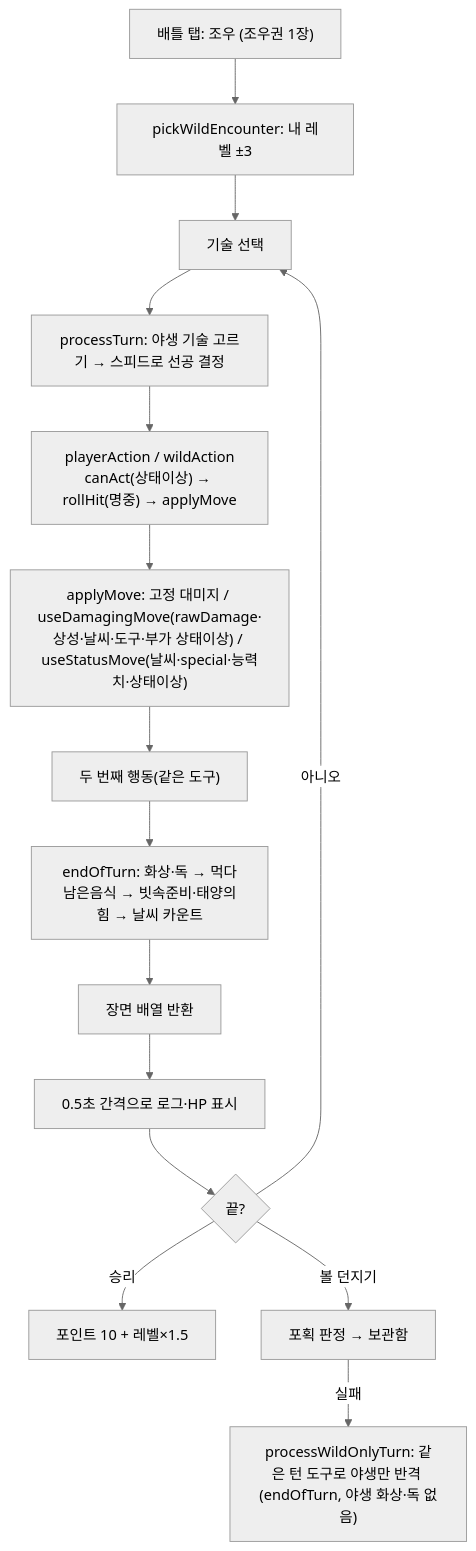
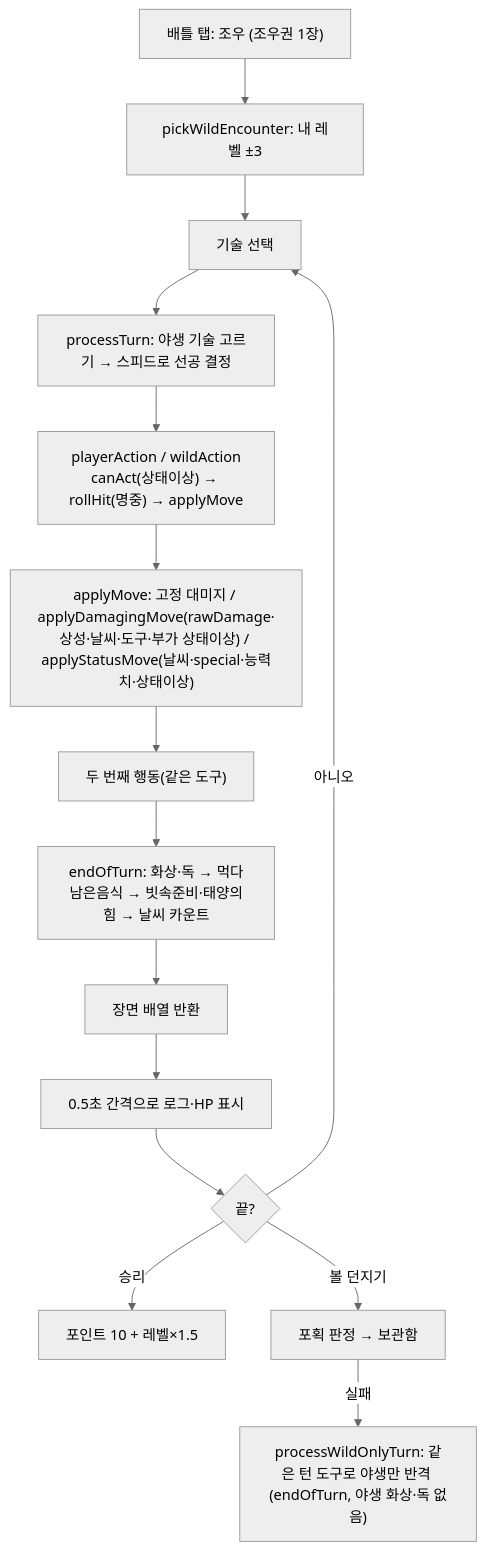
Before and after one commit to ESeungJun/poketmon_idle: the second of 4 diagrams in docs/구현도.md, drawn with Mermaid (neutral theme). The commit also changed other lines of this file and 2 other files, not shown here.

Commit message:
refactor(battle): 훅이 아닌 기술 처리 함수 이름에서 use 접두 빼기 (#69) (#70)
useDamagingMove·useStatusMove는 React 훅이 아닌데 use로 시작해
훅 규칙 린트나 읽는 사람이 훅으로 착각할 수 있었어요. 둘을 나눠
부르는 applyMove와 짝을 맞춰 applyDamagingMove·applyStatusMove로
바꾸고, 부르는 곳과 docs의 구현도·리팩토링 기록도 같이 고쳤어요.
동작 변화는 없어요(테스트 105개·특성 스냅샷 그대로).

Claude-Session: https://claude.ai/code/session_01AH2xhguCbFwaA4GnvJXNqp

````diff
--- a/docs/구현도.md
+++ b/docs/구현도.md
@@ -71,17 +71,17 @@
 ```mermaid
 flowchart TD
   A["배틀 탭: 조우 (조우권 1장)"] --> B["pickWildEncounter: 내 레벨 ±3"]
   B --> C["기술 선택"]
   C --> D["processTurn: 야생 기술 고르기 → 스피드로 선공 결정"]
   D --> E["playerAction / wildAction<br/>canAct(상태이상) → rollHit(명중) → applyMove"]
-  E --> F["applyMove: 고정 대미지 / useDamagingMove(rawDamage·상성·날씨·도구·부가 상태이상) / useStatusMove(날씨·special·능력치·상태이상)"]
+  E --> F["applyMove: 고정 대미지 / applyDamagingMove(rawDamage·상성·날씨·도구·부가 상태이상) / applyStatusMove(날씨·special·능력치·상태이상)"]
   F --> G["두 번째 행동(같은 도구)"]
   G --> H["endOfTurn: 화상·독 → 먹다남은음식 → 빗속준비·태양의힘 → 날씨 카운트"]
   H --> I["장면 배열 반환"]
   I --> J["0.5초 간격으로 로그·HP 표시"]
   J --> K{"끝?"}
   K -- "아니오" --> C
   K -- "승리" --> W["포인트 10 + 레벨×1.5"]
   K -- "볼 던지기" --> CAP["포획 판정 → 보관함"]
   CAP -- "실패" --> WO["processWildOnlyTurn: 같은 턴 도구로 야생만 반격 (endOfTurn, 야생 화상·독 없음)"]
 ```
````
